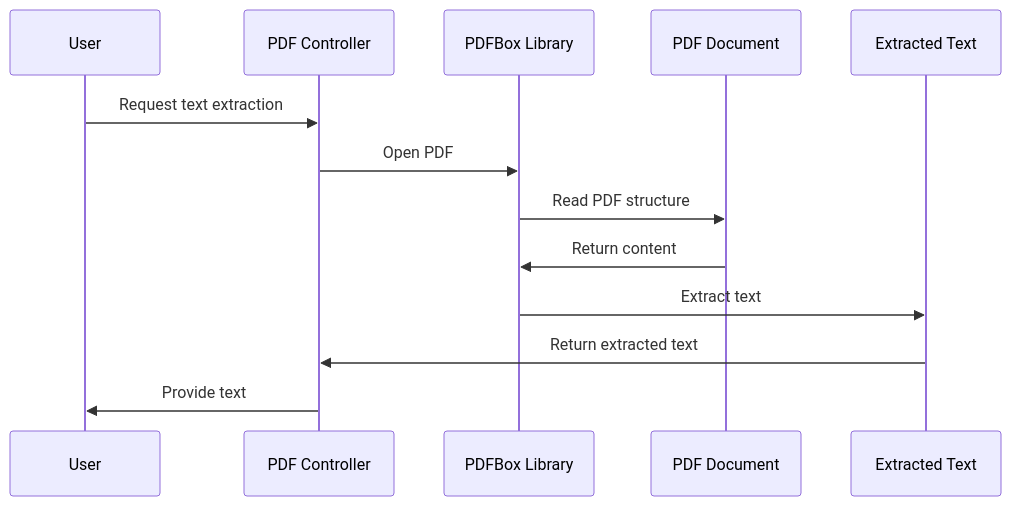
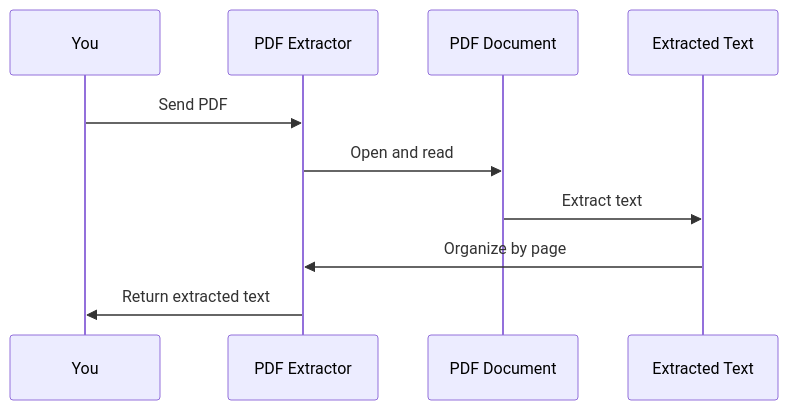
The third of 6 diagrams in README.md (dygavieta/NewRepo), drawn with Mermaid before and after one commit. The commit also changed other lines of this file, not shown here.

````diff
--- a/README.md
+++ b/README.md
@@ -352,16 +158,12 @@
 ```mermaid
 sequenceDiagram
-    participant User
-    participant Controller as PDF Controller
-    participant PDFBox as PDFBox Library
-    participant Document as PDF Document
+    participant User as You
+    participant Controller as PDF Extractor
+    participant PDF as PDF Document
     participant Text as Extracted Text
-
-    User->>Controller: Request text extraction
-    Controller->>PDFBox: Open PDF
-    PDFBox->>Document: Read PDF structure
-    Document->>PDFBox: Return content
-    PDFBox->>Text: Extract text
-    Text->>Controller: Return extracted text
-    Controller->>User: Provide text
+    User->>Controller: Send PDF
+    Controller->>PDF: Open and read
+    PDF->>Text: Extract text
+    Text->>Controller: Organize by page
+    Controller->>User: Return extracted text
 ```
````
